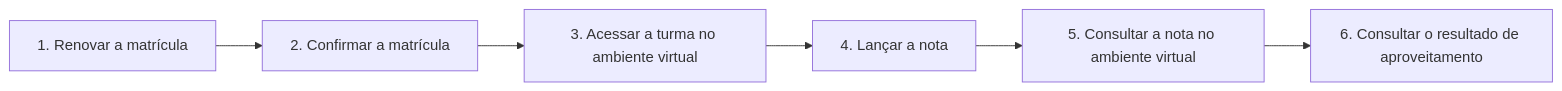
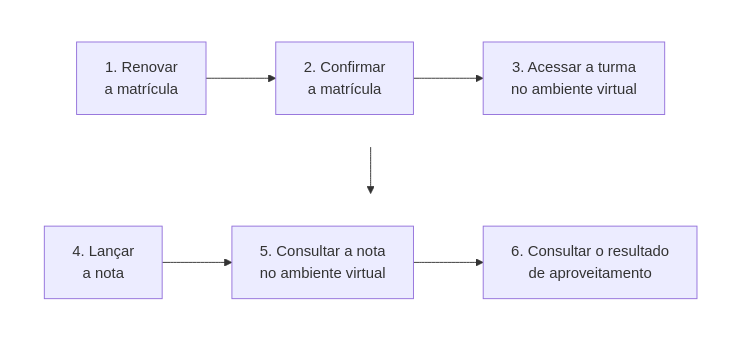
The second of 3 diagrams in docs/modulo-4-dominios-da-solucao/bloco-1-arquitetura-de-negocio.md (aulas-marco/projeto-arquitetura-software), drawn with Mermaid before and after one commit. The commit also changed other lines of this file and 36 other files, not shown here.

First line of the commit message:
docs(aula-4): arquitetura de dados com DMBOK e diagramas legiveis

````diff
--- a/docs/modulo-4-dominios-da-solucao/bloco-1-arquitetura-de-negocio.md
+++ b/docs/modulo-4-dominios-da-solucao/bloco-1-arquitetura-de-negocio.md
@@ -199,8 +199,14 @@
 ```mermaid
-flowchart LR
-    E1["1. Renovar a matrícula"] --> E2["2. Confirmar a matrícula"]
-    E2 --> E3["3. Acessar a turma no ambiente virtual"]
-    E3 --> E4["4. Lançar a nota"]
-    E4 --> E5["5. Consultar a nota no ambiente virtual"]
-    E5 --> E6["6. Consultar o resultado de aproveitamento"]
+flowchart TB
+    subgraph L1[" "]
+        direction LR
+        E1["1. Renovar<br/>a matrícula"] --> E2["2. Confirmar<br/>a matrícula"] --> E3["3. Acessar a turma<br/>no ambiente virtual"]
+    end
+    subgraph L2[" "]
+        direction LR
+        E4["4. Lançar<br/>a nota"] --> E5["5. Consultar a nota<br/>no ambiente virtual"] --> E6["6. Consultar o resultado<br/>de aproveitamento"]
+    end
+    L1 --> L2
+    style L1 fill:none,stroke:none
+    style L2 fill:none,stroke:none
 ```
````
